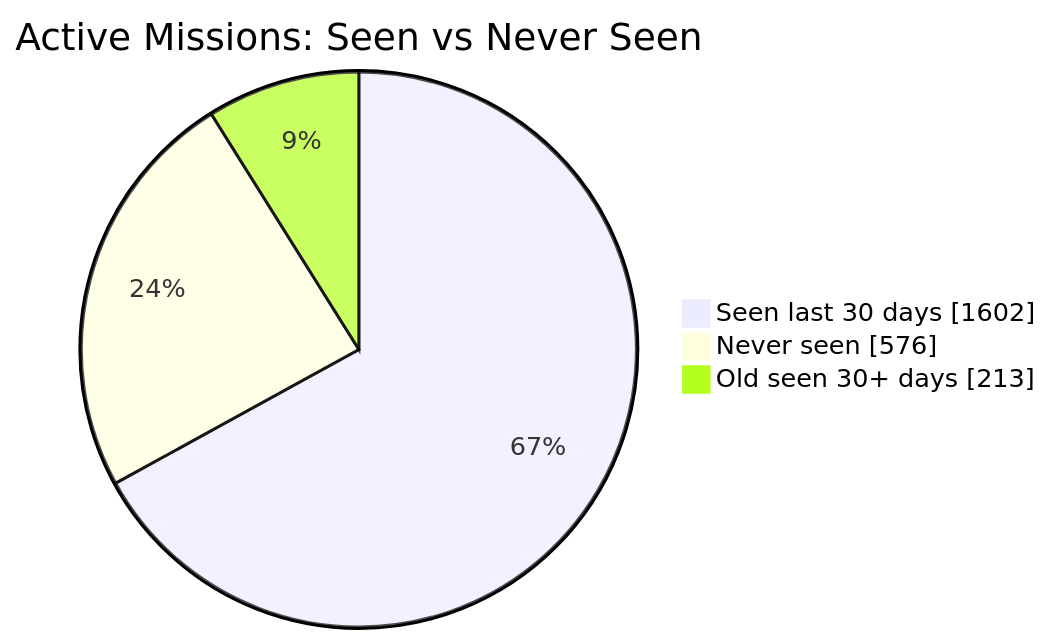
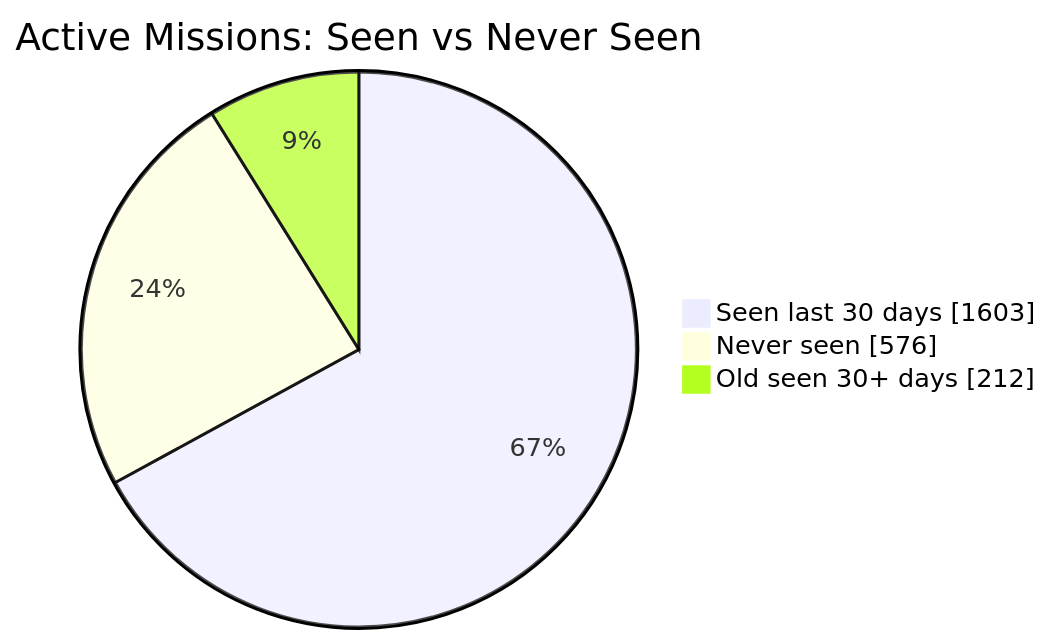
Before and after one commit to MeldkamerspelGameTeam/active-missions: the first of 2 diagrams in README.md, drawn with Mermaid. The commit also changed other lines of this file and 3 other files, not shown here.

````diff
--- a/README.md
+++ b/README.md
@@ -34,7 +34,7 @@
 ```mermaid
 pie showData
     title Active Missions: Seen vs Never Seen
-    "Seen last 30 days" : 1602
+    "Seen last 30 days" : 1603
     "Never seen" : 576
-    "Old seen 30+ days" : 213
+    "Old seen 30+ days" : 212
 ```
````
